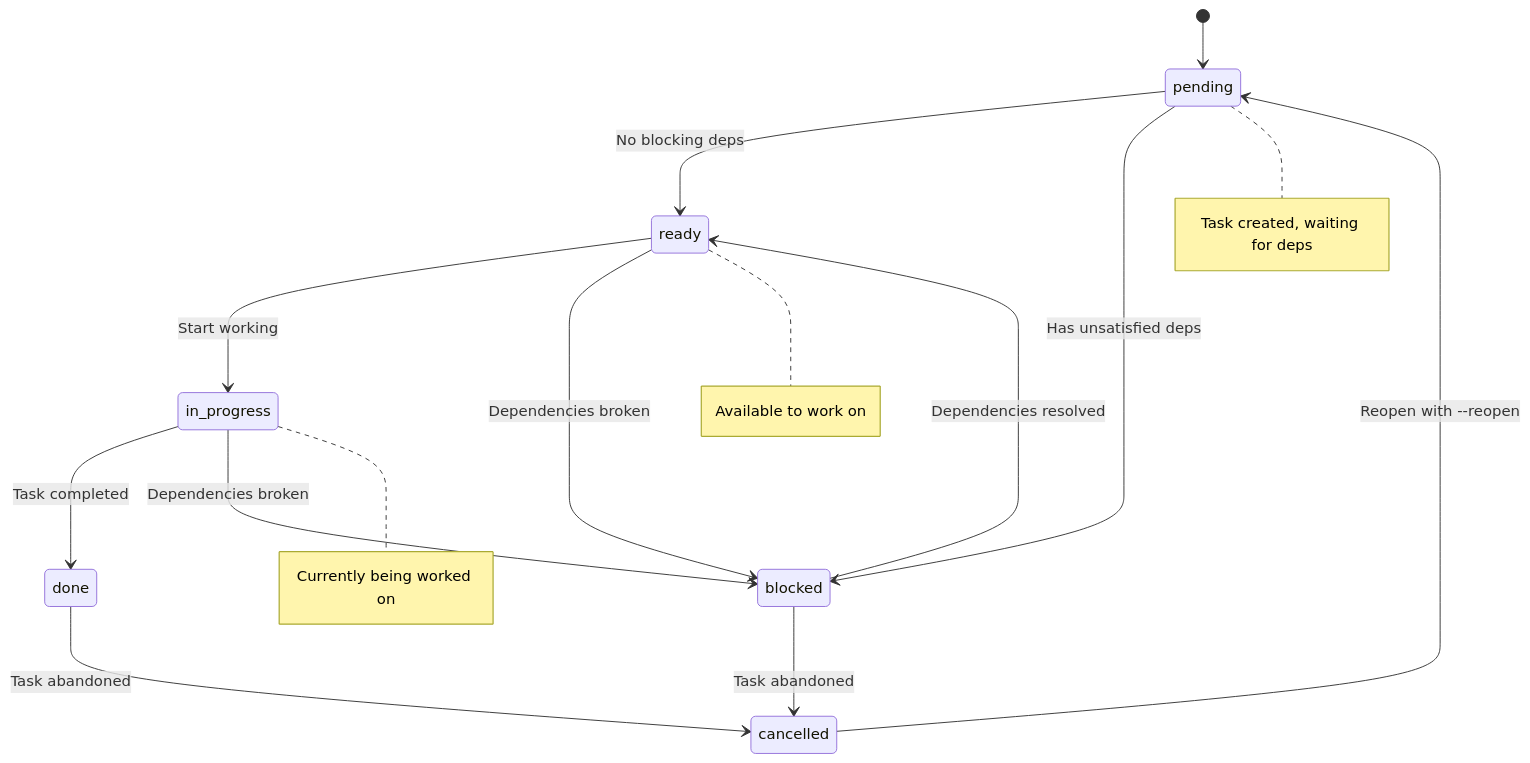
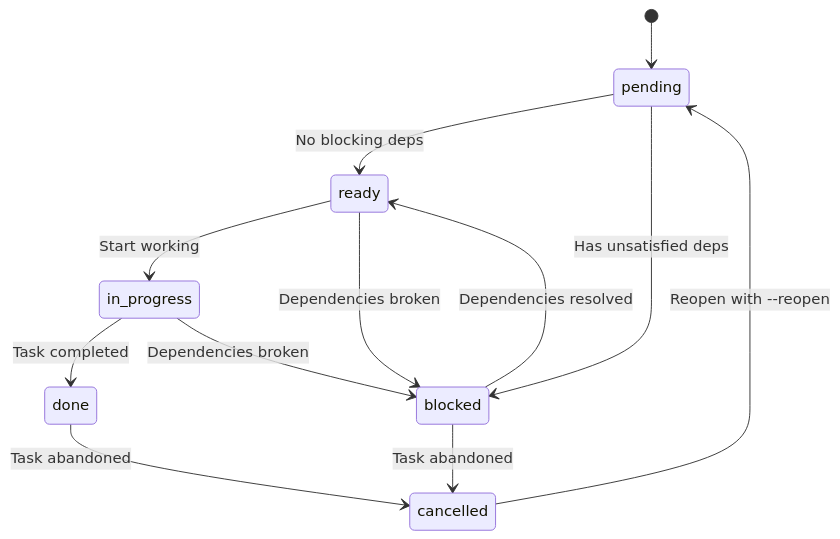
Before and after one commit to sanxzy/mandor: the fourth of 8 diagrams in README.md, drawn with Mermaid. The commit also changed other lines of this file, not shown here.

First line of the commit message:
fix: remove unsupported Mermaid note annotations for GitHub compatibility

````diff
--- a/README.md
+++ b/README.md
@@ -171,26 +155,14 @@
 ```mermaid
 stateDiagram-v2
     [*] --> pending
     pending --> ready: No blocking deps
     pending --> blocked: Has unsatisfied deps
     ready --> in_progress: Start working
     in_progress --> done: Task completed
     in_progress --> blocked: Dependencies broken
     ready --> blocked: Dependencies broken
     blocked --> ready: Dependencies resolved
     blocked --> cancelled: Task abandoned
     done --> cancelled: Task abandoned
     cancelled --> pending: Reopen with --reopen
-
-    note right of pending
-        Task created, waiting for deps
-    end note
-
-    note right of ready
-        Available to work on
-    end note
-
-    note right of in_progress
-        Currently being worked on
-    end note
 ```
````
